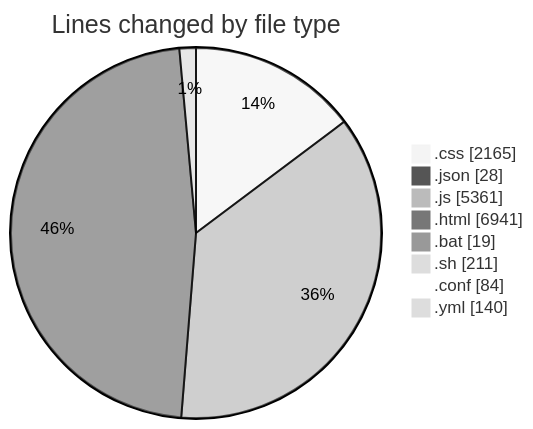
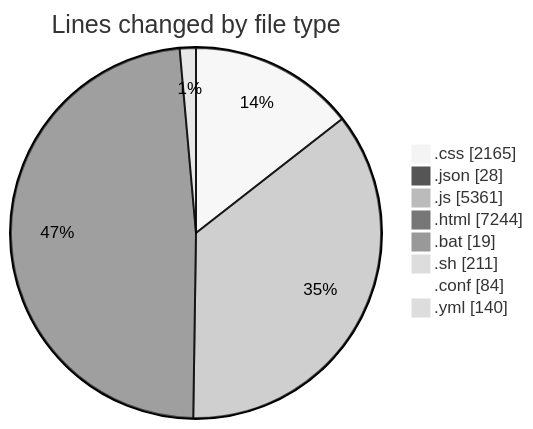
The first of 2 diagrams in 2026-02-18/bot_v1_2/README.md (becaeroporto-bot/code-tracking), drawn with Mermaid (neutral theme) before and after one commit. The commit also changed other lines of this file and 1 other file, not shown here.

````diff
--- a/2026-02-18/bot_v1_2/README.md
+++ b/2026-02-18/bot_v1_2/README.md
@@ -43,12 +44,12 @@
 ```mermaid
 pie showData
 title Lines changed by file type
 ".css" : 2165
 ".json" : 28
 ".js" : 5361
-".html" : 6941
+".html" : 7244
 ".bat" : 19
 ".sh" : 211
 ".conf" : 84
 ".yml" : 140
 ```
````
